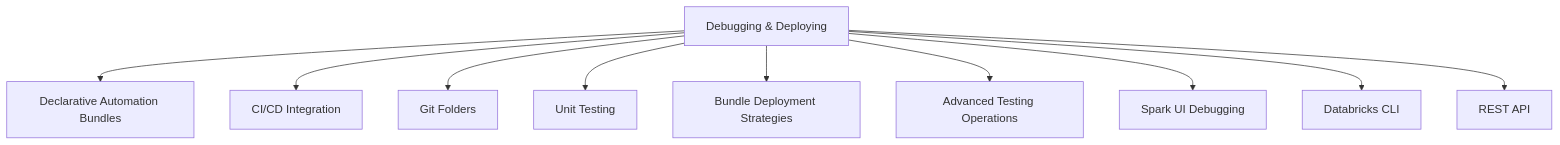
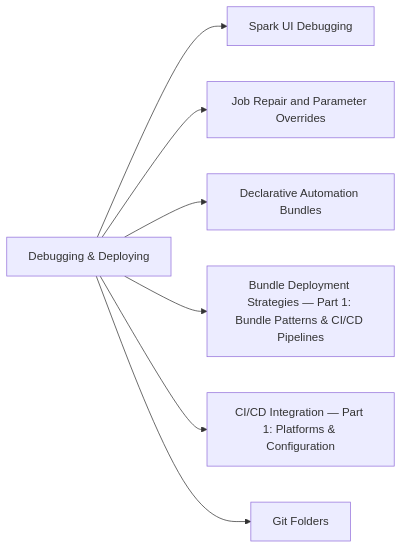
One commit to kengio/databricks-certification-study-guide changed the diagram in certifications/data-engineer-professional/08-debugging-and-deploying/README.md. Above: the diagram before and after it, drawn with Mermaid. The commit also changed other lines of this file and 108 other files, not shown here.

````diff
--- a/certifications/data-engineer-professional/08-debugging-and-deploying/README.md
+++ b/certifications/data-engineer-professional/08-debugging-and-deploying/README.md
@@ -18,12 +18,10 @@
 ```mermaid
-flowchart TD
-    DD[Debugging & Deploying] --> AB[Declarative Automation Bundles]
-    DD --> CICD[CI/CD Integration]
-    DD --> GF[Git Folders]
-    DD --> UT[Unit Testing]
-    DD --> BDS[Bundle Deployment Strategies]
-    DD --> ATO[Advanced Testing Operations]
-    DD --> SUI[Spark UI Debugging]
-    DD --> CLI[Databricks CLI]
-    DD --> API[REST API]
+flowchart LR
+    D[Debugging & Deploying]
+    D --> T1["Spark UI Debugging"]
+    D --> T2["Job Repair and Parameter Overrides"]
+    D --> T3["Declarative Automation Bundles"]
+    D --> T4["Bundle Deployment Strategies — Part 1: Bundle Patterns & CI/CD Pipelines"]
+    D --> T5["CI/CD Integration — Part 1: Platforms & Configuration"]
+    D --> T6["Git Folders"]
 ```
````
